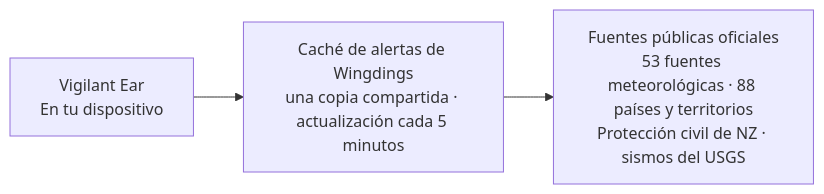
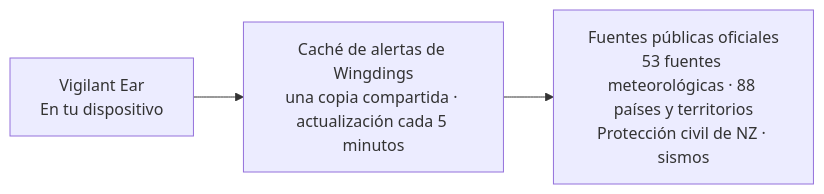
One commit to rpalm01-star/VigilantEarLegal changed the fourth of 4 diagrams in README_es.md. Above: the diagram before and after it, drawn with Mermaid. The commit also changed other lines of this file and 47 other files, not shown here.

````diff
--- a/README_es.md
+++ b/README_es.md
@@ -171,5 +171,5 @@
 ```mermaid
 graph LR
     P1["Vigilant Ear<br/>En tu dispositivo"] --> W["Caché de alertas de Wingdings<br/>una copia compartida · actualización cada 5 minutos"]
-    W --> N["Fuentes públicas oficiales<br/>53 fuentes meteorológicas · 88 países y territorios<br/>Protección civil de NZ · sismos del USGS"]
+    W --> N["Fuentes públicas oficiales<br/>53 fuentes meteorológicas · 88 países y territorios<br/>Protección civil de NZ · sismos"]
 ```
````
